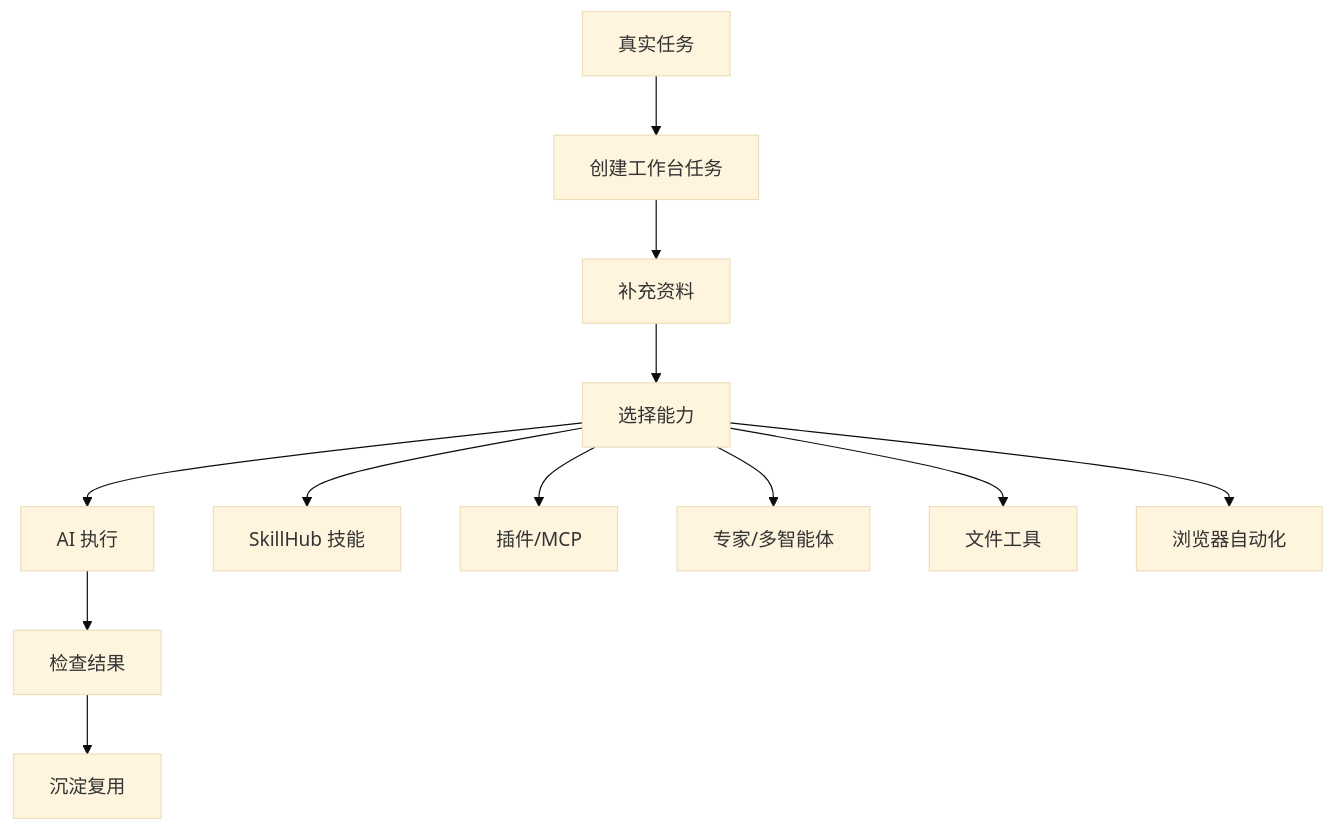
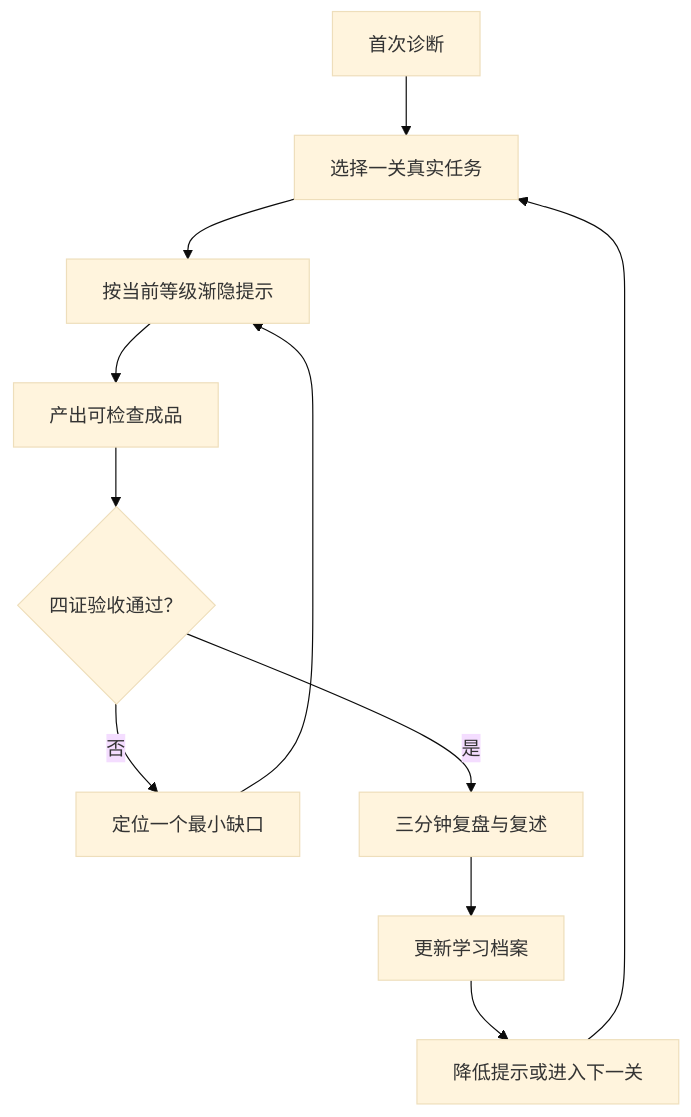
The diagram in skills/lls-workbuddy-guide/SKILL.md (PhilRobinluo/ai-coevolution-skills), drawn with Mermaid (base theme) before and after one commit. The commit also changed other lines of this file and 13 other files, not shown here.

````diff
--- a/skills/lls-workbuddy-guide/SKILL.md
+++ b/skills/lls-workbuddy-guide/SKILL.md
@@ -69,23 +33,13 @@
 ```mermaid
 flowchart TD
-    A["真实任务"]
-    B["创建工作台任务"]
-    C["补充资料"]
-    D["选择能力"]
-    E["AI 执行"]
-    F["检查结果"]
-    G["沉淀复用"]
-
-    D1["SkillHub 技能"]
-    D2["插件/MCP"]
-    D3["专家/多智能体"]
-    D4["文件工具"]
-    D5["浏览器自动化"]
-
-    A --> B --> C --> D --> E --> F --> G
-    D --> D1
-    D --> D2
-    D --> D3
-    D --> D4
-    D --> D5
+    A["首次诊断"] --> B["选择一关真实任务"]
+    B --> C["按当前等级渐隐提示"]
+    C --> D["产出可检查成品"]
+    D --> E{"四证验收通过？"}
+    E -- "否" --> F["定位一个最小缺口"]
+    F --> C
+    E -- "是" --> G["三分钟复盘与复述"]
+    G --> H["更新学习档案"]
+    H --> I["降低提示或进入下一关"]
+    I --> B
 ```
````
